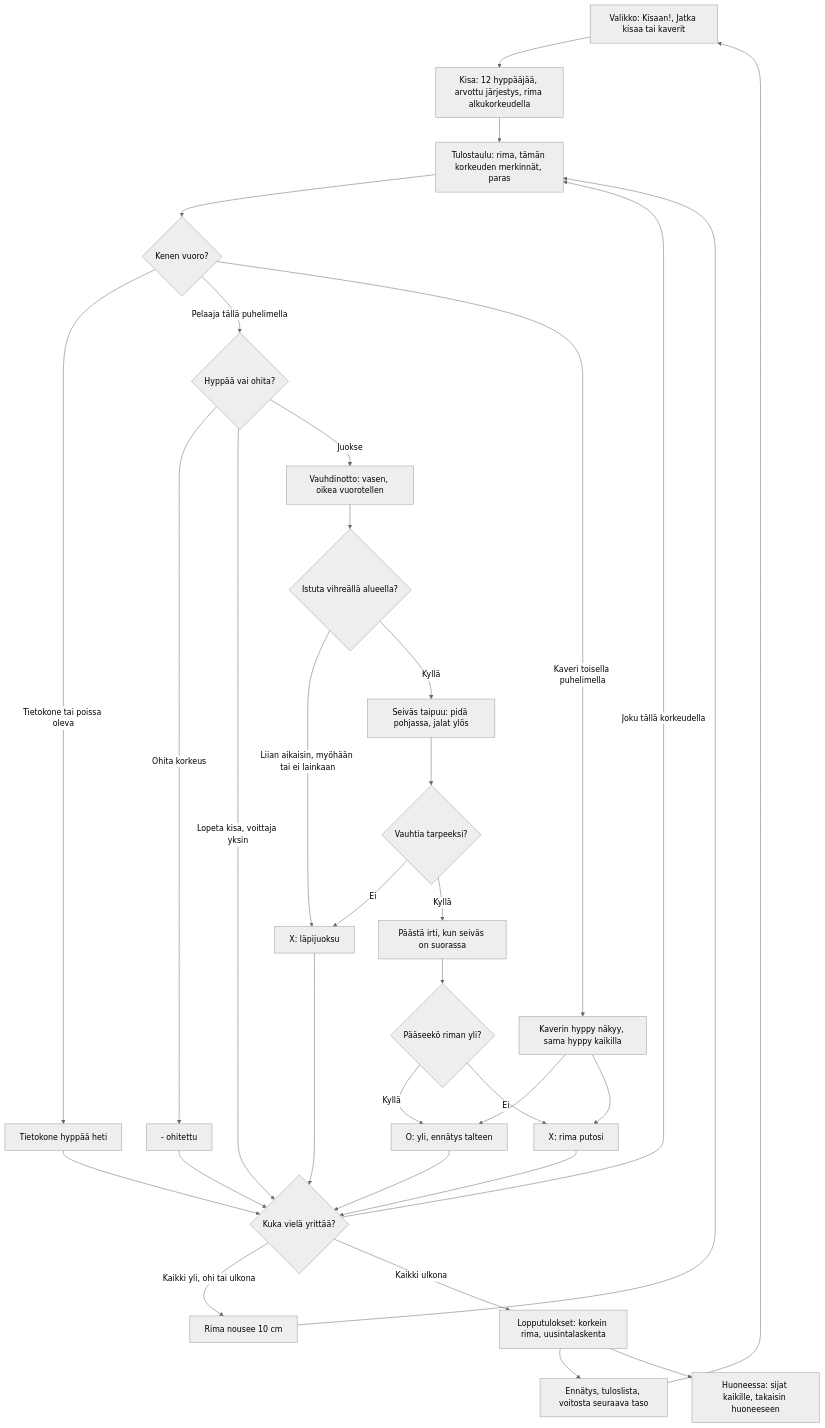
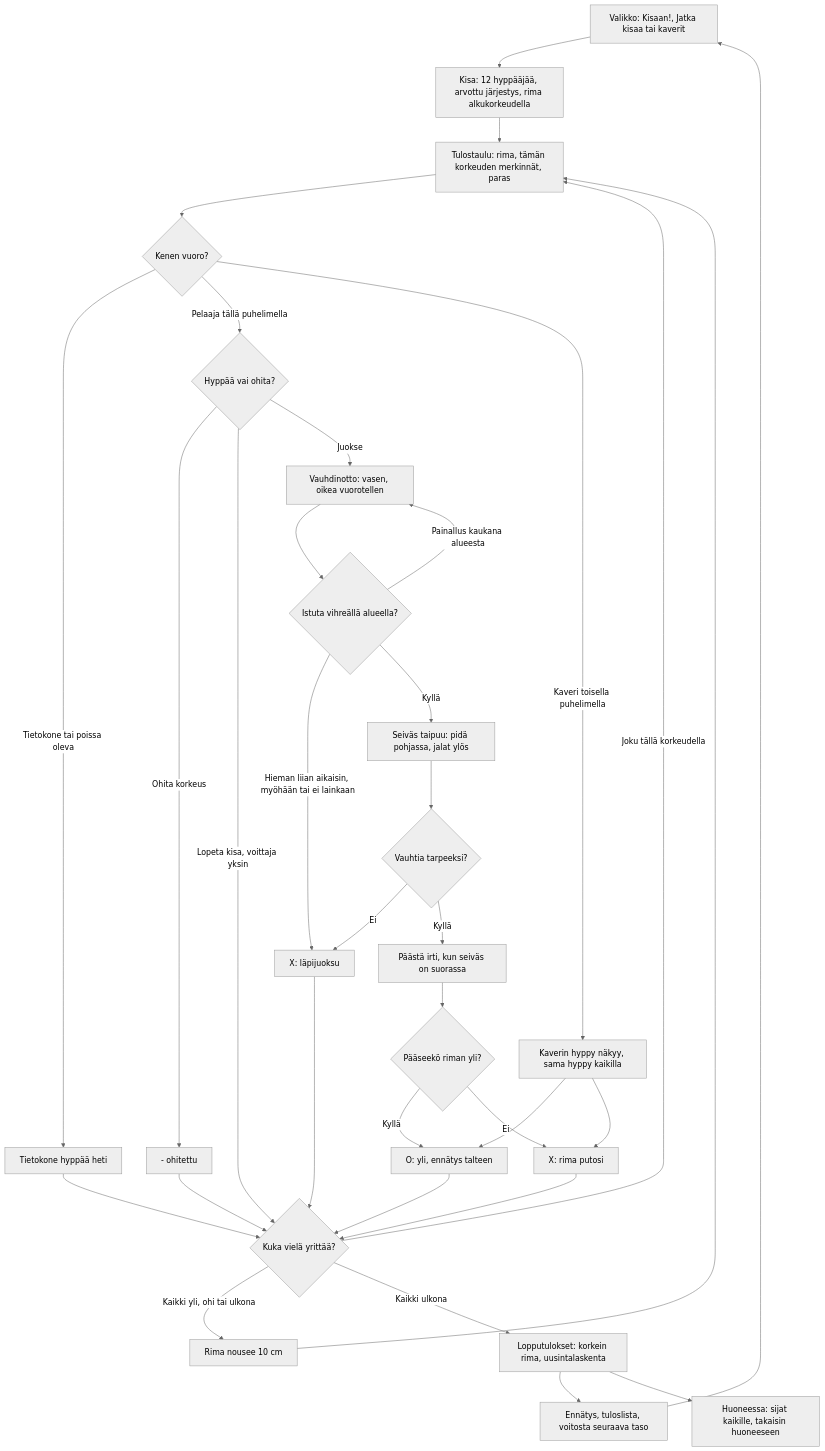
The diagram in docs/diagrams/seivashyppy.md (eerovil/ai-pelit), drawn with Mermaid (neutral theme) before and after one commit. The commit also changed other lines of this file and 2 other files, not shown here.

Commit message:
Seiväshyppy v2: the kept meet stays readable by v1; diagram's far-off plant press (#165 review)

````diff
--- a/docs/diagrams/seivashyppy.md
+++ b/docs/diagrams/seivashyppy.md
@@ -16,41 +17,42 @@
 ```mermaid
 flowchart TD
   M[Valikko: Kisaan!, Jatka kisaa tai kaverit] --> K[Kisa: 12 hyppääjää, arvottu järjestys, rima alkukorkeudella]
   K --> T[Tulostaulu: rima, tämän korkeuden merkinnät, paras]
   T --> Q{Kenen vuoro?}
   Q -- Tietokone tai poissa oleva --> CPU[Tietokone hyppää heti]
   CPU --> NX
   Q -- Pelaaja tällä puhelimella --> P{Hyppää vai ohita?}
   Q -- Kaveri toisella puhelimella --> WT[Kaverin hyppy näkyy, sama hyppy kaikilla]
   P -- Ohita korkeus --> PS[- ohitettu]
   P -- Lopeta kisa, voittaja yksin --> NX
   P -- Juokse --> R[Vauhdinotto: vasen, oikea vuorotellen]
   R --> PL{Istuta vihreällä alueella?}
-  PL -- Liian aikaisin, myöhään tai ei lainkaan --> X[X: läpijuoksu]
+  PL -- Painallus kaukana alueesta --> R
+  PL -- Hieman liian aikaisin, myöhään tai ei lainkaan --> X[X: läpijuoksu]
   PL -- Kyllä --> B[Seiväs taipuu: pidä pohjassa, jalat ylös]
   B --> SL{Vauhtia tarpeeksi?}
   SL -- Ei --> X
   SL -- Kyllä --> F[Päästä irti, kun seiväs on suorassa]
   F --> OK{Pääseekö riman yli?}
   OK -- Kyllä --> O[O: yli, ennätys talteen]
   OK -- Ei --> XB[X: rima putosi]
   WT --> O
   WT --> XB
   O --> NX{Kuka vielä yrittää?}
   X --> NX
   XB --> NX
   PS --> NX
   NX -- Joku tällä korkeudella --> T
   NX -- Kaikki yli, ohi tai ulkona --> UP[Rima nousee 10 cm]
   UP --> T
   NX -- Kaikki ulkona --> END[Lopputulokset: korkein rima, uusintalaskenta]
   END --> S[Ennätys, tuloslista, voitosta seuraava taso]
   S --> M
   END --> RM[Huoneessa: sijat kaikille, takaisin huoneeseen]
   class M,R,B,F,T blue
   class CPU,WT violet
   class Q,P,PL,SL,OK,NX amber
   class K,O,PS,UP teal
   class X,XB rose
   class END,S,RM green
 ```
````
